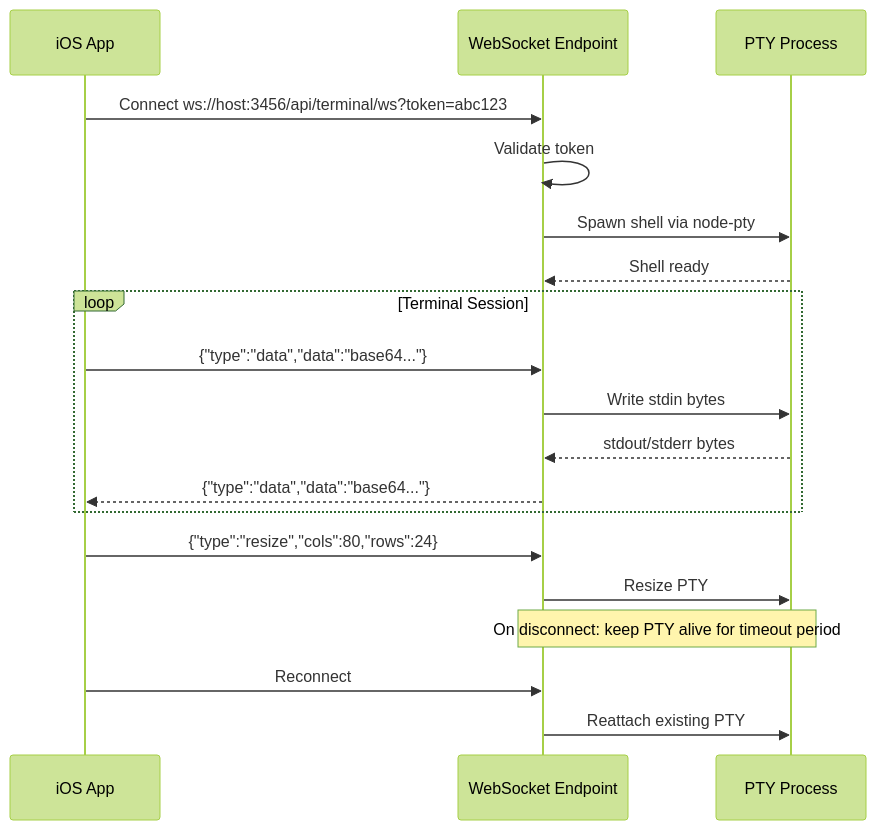
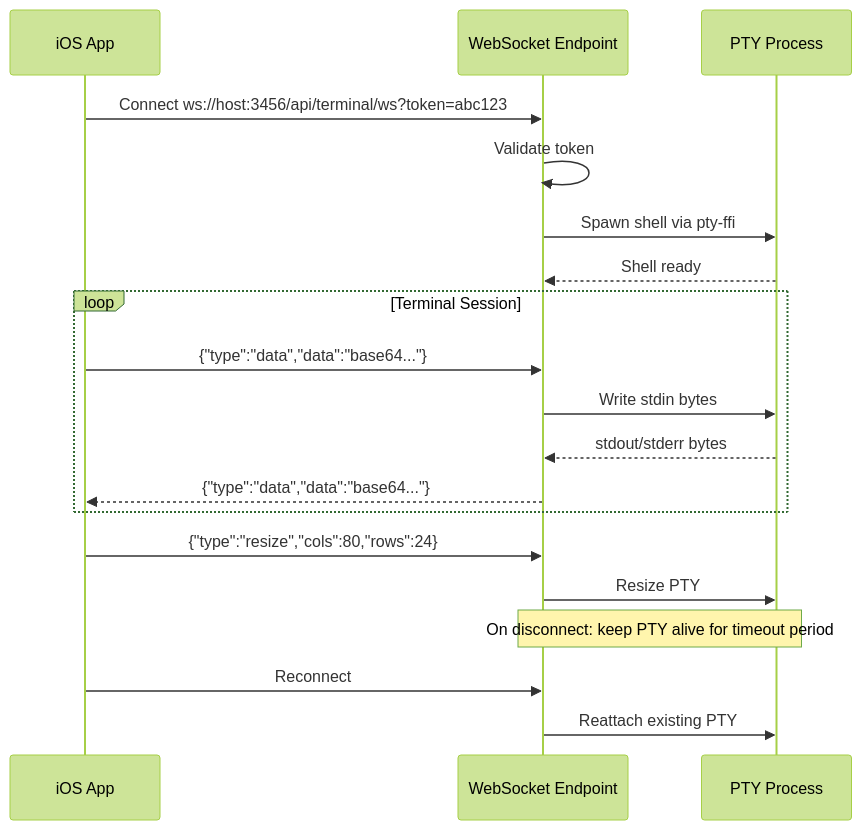
One commit to TETRA2000/cc-session-manager changed the third of 3 diagrams in .kiro/specs/ios-app/design.md. Above: the diagram before and after it, drawn with Mermaid (forest theme). The commit also changed other lines of this file and 1 other file, not shown here.

Commit message:
Fix design review issues: PTY reconnect protocol, JSONValue type, stale refs

````diff
--- a/.kiro/specs/ios-app/design.md
+++ b/.kiro/specs/ios-app/design.md
@@ -126,25 +126,25 @@
 ```mermaid
 sequenceDiagram
     participant App as iOS App
     participant WS as WebSocket Endpoint
     participant PTY as PTY Process
 
     App->>WS: Connect ws://host:3456/api/terminal/ws?token=abc123
     WS->>WS: Validate token
-    WS->>PTY: Spawn shell via node-pty
+    WS->>PTY: Spawn shell via pty-ffi
     PTY-->>WS: Shell ready
 
     loop Terminal Session
         App->>WS: {"type":"data","data":"base64..."}
         WS->>PTY: Write stdin bytes
         PTY-->>WS: stdout/stderr bytes
         WS-->>App: {"type":"data","data":"base64..."}
     end
 
     App->>WS: {"type":"resize","cols":80,"rows":24}
     WS->>PTY: Resize PTY
 
     Note over WS,PTY: On disconnect: keep PTY alive for timeout period
     App->>WS: Reconnect
     WS->>PTY: Reattach existing PTY
 ```
````
